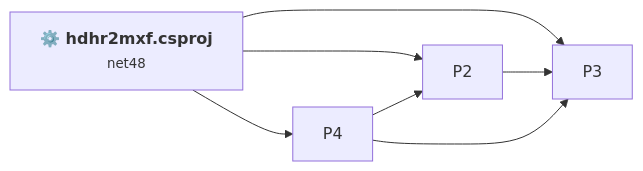
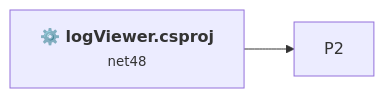
Before and after one commit to Kev506/epg123: the first of 2 diagrams in .github/upgrades/scenarios/dotnet-version-upgrade/assessment.md, drawn with Mermaid. The commit also changed other lines of this file and 10 other files, not shown here.

Commit message:
upgrade(01-upgrade-logviewer-to-net10): migrate logViewer to net10

````diff
--- a/.github/upgrades/scenarios/dotnet-version-upgrade/assessment.md
+++ b/.github/upgrades/scenarios/dotnet-version-upgrade/assessment.md
@@ -97,12 +141,7 @@
 ```mermaid
 flowchart LR
-    P1["<b>⚙️&nbsp;hdhr2mxf.csproj</b><br/><small>net48</small>"]
+    P1["<b>⚙️&nbsp;logViewer.csproj</b><br/><small>net48</small>"]
     P1 --> P2
-    P1 --> P3
-    P1 --> P4
-    P2 --> P3
-    P4 --> P2
-    P4 --> P3
-    click P1 "#hdhr2mxfcsproj"
+    click P1 "#logviewercsproj"
 
 ```
````
